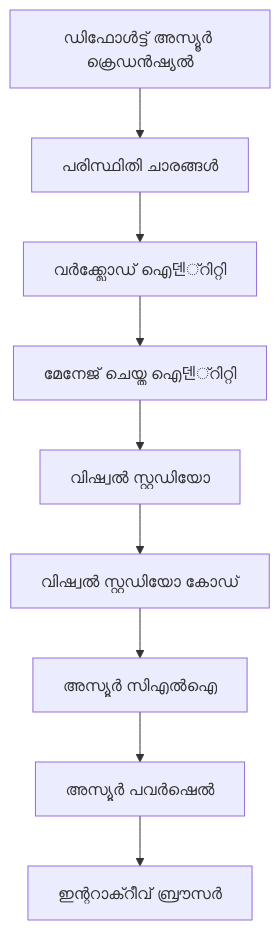
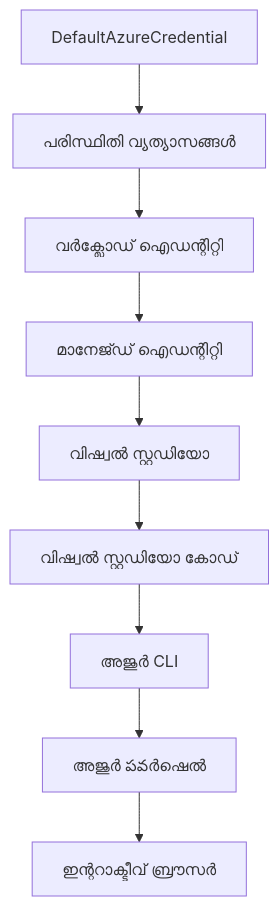
Before and after one commit to microsoft/AZD-for-beginners: the second of 2 diagrams in translations/ml/docs/chapter-01-foundation/azd-basics.md, drawn with Mermaid. The commit also changed other lines of this file and 104 other files, not shown here.

````diff
--- a/translations/ml/docs/chapter-01-foundation/azd-basics.md
+++ b/translations/ml/docs/chapter-01-foundation/azd-basics.md
@@ -592,11 +606,11 @@
 ```mermaid
 graph TD
-    A[ഡിഫോൾട്ട് അസ്യൂർ ക്രെഡൻഷ്യൽ] --> B[പരിസ്ഥിതി ചാരങ്ങൾ]
-    B --> C[വർക്ക്ലോഡ് ഐ덴്റിറ്റി]
-    C --> D[മേനേജ് ചെയ്ത ഐ덴്റിറ്റി]
+    A[DefaultAzureCredential] --> B[പരിസ്ഥിതി വ്യത്യാസങ്ങൾ]
+    B --> C[വർക്ലോഡ് ഐഡന്റിറ്റി]
+    C --> D[മാനേജ്ഡ് ഐഡന്റിറ്റി]
     D --> E[വിഷ്വൽ സ്റ്റുഡിയോ]
     E --> F[വിഷ്വൽ സ്റ്റുഡിയോ കോഡ്]
-    F --> G[അസ്യൂർ സി‌എൽ‌ഐ]
-    G --> H[അസ്യൂർ പവർഷെൽ]
-    H --> I[ഇന്ററാക്റീവ് ബ്രൗസർ]
+    F --> G[അജുർ CLI]
+    G --> H[അജുർ పవർഷെൽ]
+    H --> I[ഇന്ററാക്ടീവ് ബ്രൗസർ]
 ```
````
